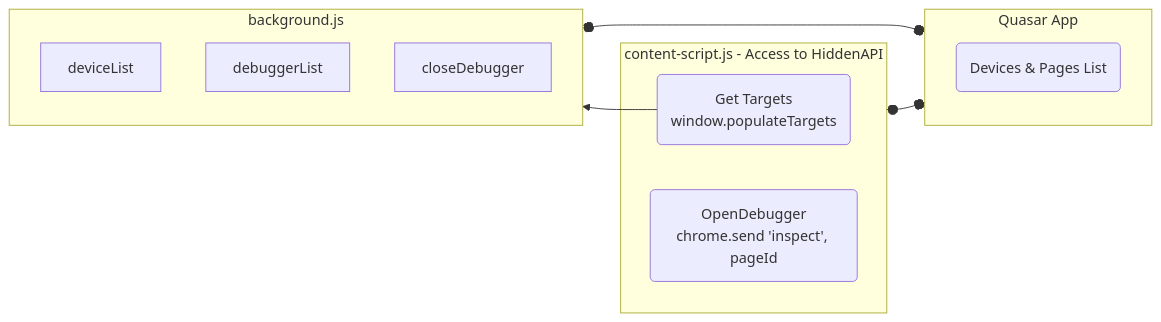
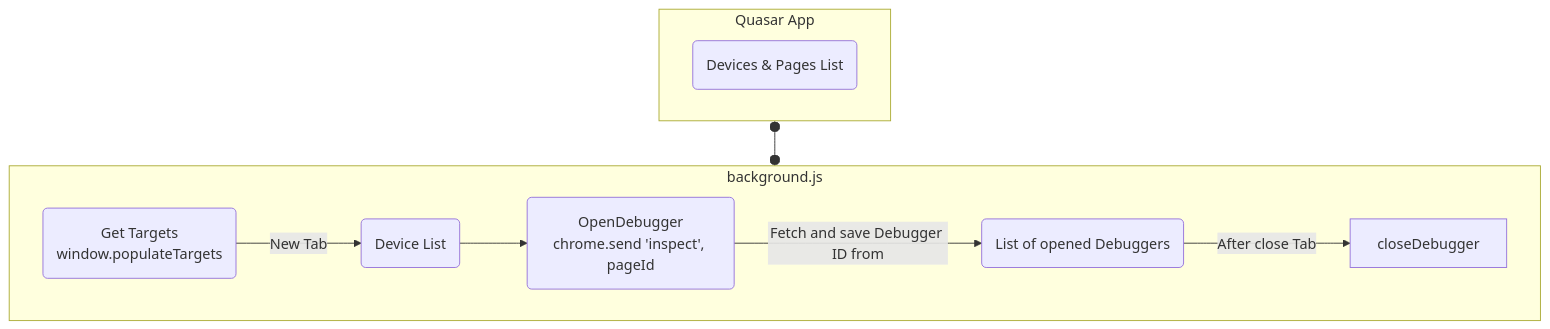
Before and after one commit to BazuMax/card: the first of 2 diagrams in arch-devtools-ext.md, drawn with Mermaid. The commit also changed other lines of this file, not shown here.

````diff
--- a/arch-devtools-ext.md
+++ b/arch-devtools-ext.md
@@ -3,22 +3,20 @@
 ```mermaid
-flowchart RL
-    
-    subgraph content [content-script.js - Access to HiddenAPI]
-        populateTargets(Get Targets\nwindow.populateTargets)
-        openDebugger(OpenDebugger\nchrome.send 'inspect', pageId)
-        
-    end
+flowchart TB
     subgraph background [background.js]
-        deviceList
-        debuggerList
+        deviceList(Device List)
+        debuggerList(List of opened Debuggers)
         openDebugger
         closeDebugger
+
+
+        populateTargetsSniffer(Get Targets\nwindow.populateTargets)
+        openDebugger(OpenDebugger\nchrome.send 'inspect', pageId)
+
+        populateTargetsSniffer -->|New Tab| deviceList --> openDebugger -->|Fetch and save Debugger ID from| debuggerList -->|After close Tab| closeDebugger
     end
     subgraph app [Quasar App]
         ui(Devices & Pages List)
     end
 
     app o--o background
-    app o--o content
-    populateTargets --> background
 ```
````
